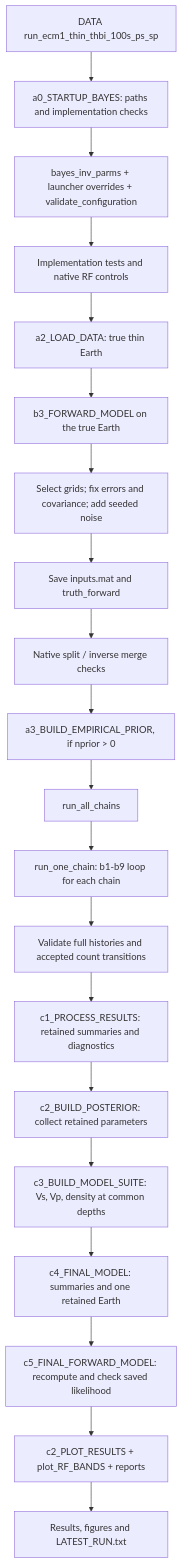
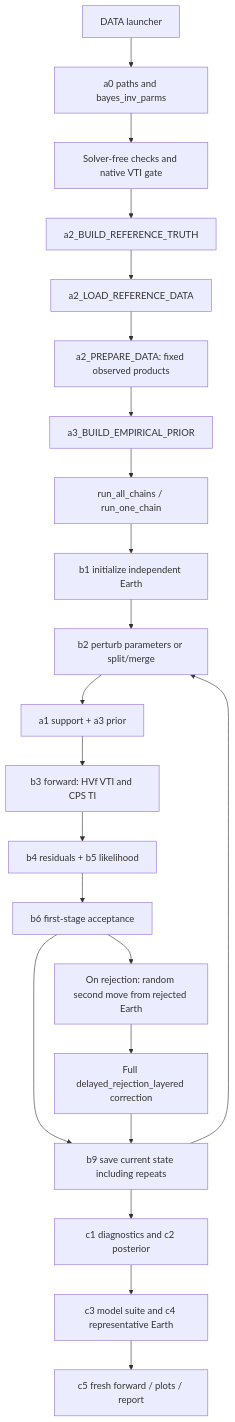
Before and after one commit to Birotimi1/CONUS-VS-UP: the diagram in docs/THBI_WORKFLOW.md, drawn with Mermaid. The commit also changed other lines of this file and 66 other files, not shown here.

Commit message:
Checkpoint 2026-11-09T18:09:36-05:00 - layered VTI operators and guarded 250 km synthetic workflow

````diff
--- a/docs/THBI_WORKFLOW.md
+++ b/docs/THBI_WORKFLOW.md
@@ -43,22 +36,24 @@
 ```mermaid
 flowchart TD
-    L["DATA run_ecm1_thin_thbi_100s_ps_sp"] --> A["a0_STARTUP_BAYES: paths and implementation checks"]
-    A --> P["bayes_inv_parms + launcher overrides + validate_configuration"]
-    P --> T["Implementation tests and native RF controls"]
-    T --> D["a2_LOAD_DATA: true thin Earth"]
-    D --> F0["b3_FORWARD_MODEL on the true Earth"]
-    F0 --> N["Select grids; fix errors and covariance; add seeded noise"]
-    N --> I["Save inputs.mat and truth_forward"]
-    I --> PF["Native split / inverse merge checks"]
-    PF --> PR["a3_BUILD_EMPIRICAL_PRIOR, if nprior > 0"]
-    PR --> RC["run_all_chains"]
-    RC --> C["run_one_chain: b1-b9 loop for each chain"]
-    C --> H["Validate full histories and accepted count transitions"]
-    H --> S["c1_PROCESS_RESULTS: retained summaries and diagnostics"]
-    S --> CP["c2_BUILD_POSTERIOR: collect retained parameters"]
-    CP --> MS["c3_BUILD_MODEL_SUITE: Vs, Vp, density at common depths"]
-    MS --> FM["c4_FINAL_MODEL: summaries and one retained Earth"]
-    FM --> FF["c5_FINAL_FORWARD_MODEL: recompute and check saved likelihood"]
-    FF --> PL["c2_PLOT_RESULTS + plot_RF_BANDS + reports"]
-    PL --> O["Results, figures and LATEST_RUN.txt"]
+    A[DATA launcher] --> B[a0 paths and bayes_inv_parms]
+    B --> C[Solver-free checks and native VTI gate]
+    C --> D[a2_BUILD_REFERENCE_TRUTH]
+    D --> E[a2_LOAD_REFERENCE_DATA]
+    E --> F[a2_PREPARE_DATA: fixed observed products]
+    F --> G[a3_BUILD_EMPIRICAL_PRIOR]
+    G --> H[run_all_chains / run_one_chain]
+    H --> I[b1 initialize independent Earth]
+    I --> J[b2 perturb parameters or split/merge]
+    J --> K[a1 support + a3 prior]
+    K --> L[b3 forward: HVf VTI and CPS TI]
+    L --> M[b4 residuals + b5 likelihood]
+    M --> N[b6 first-stage acceptance]
+    N --> O[On rejection: random second move from rejected Earth]
+    O --> P[Full delayed_rejection_layered correction]
+    N --> Q[b9 save current state including repeats]
+    P --> Q
+    Q --> J
+    Q --> R[c1 diagnostics and c2 posterior]
+    R --> S[c3 model suite and c4 representative Earth]
+    S --> T[c5 fresh forward / plots / report]
 ```
````
